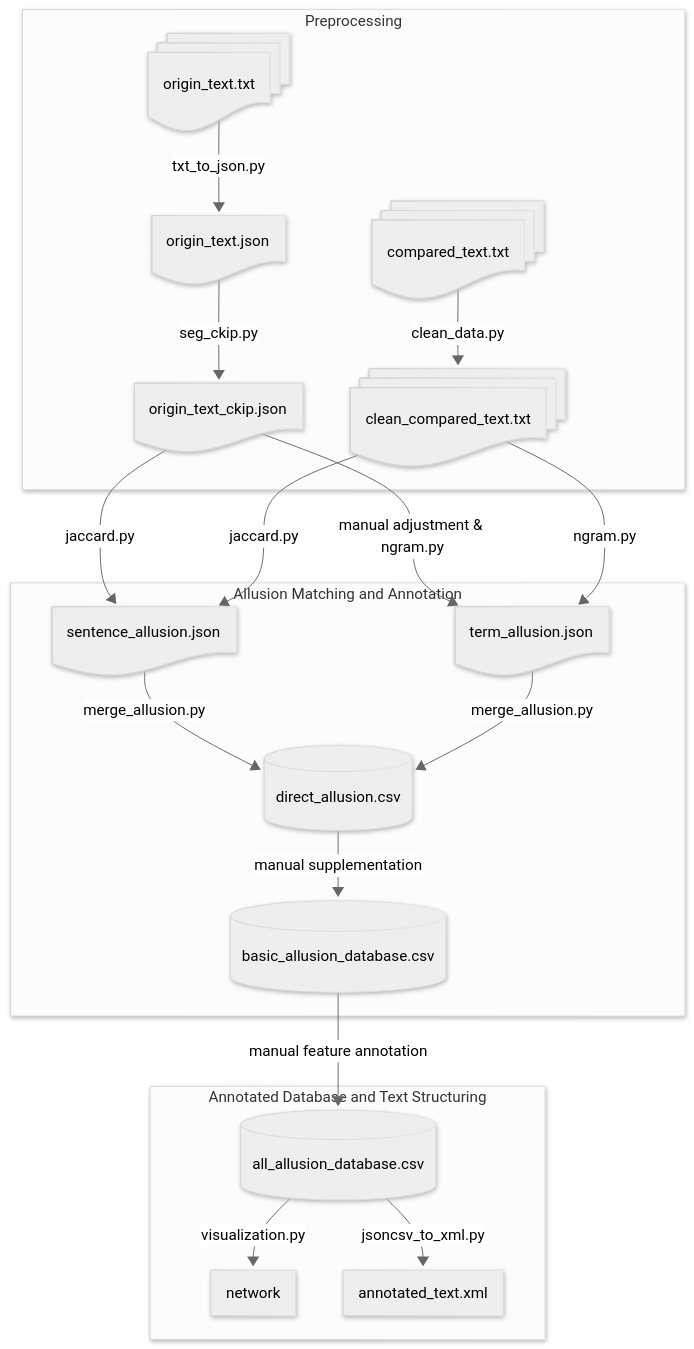
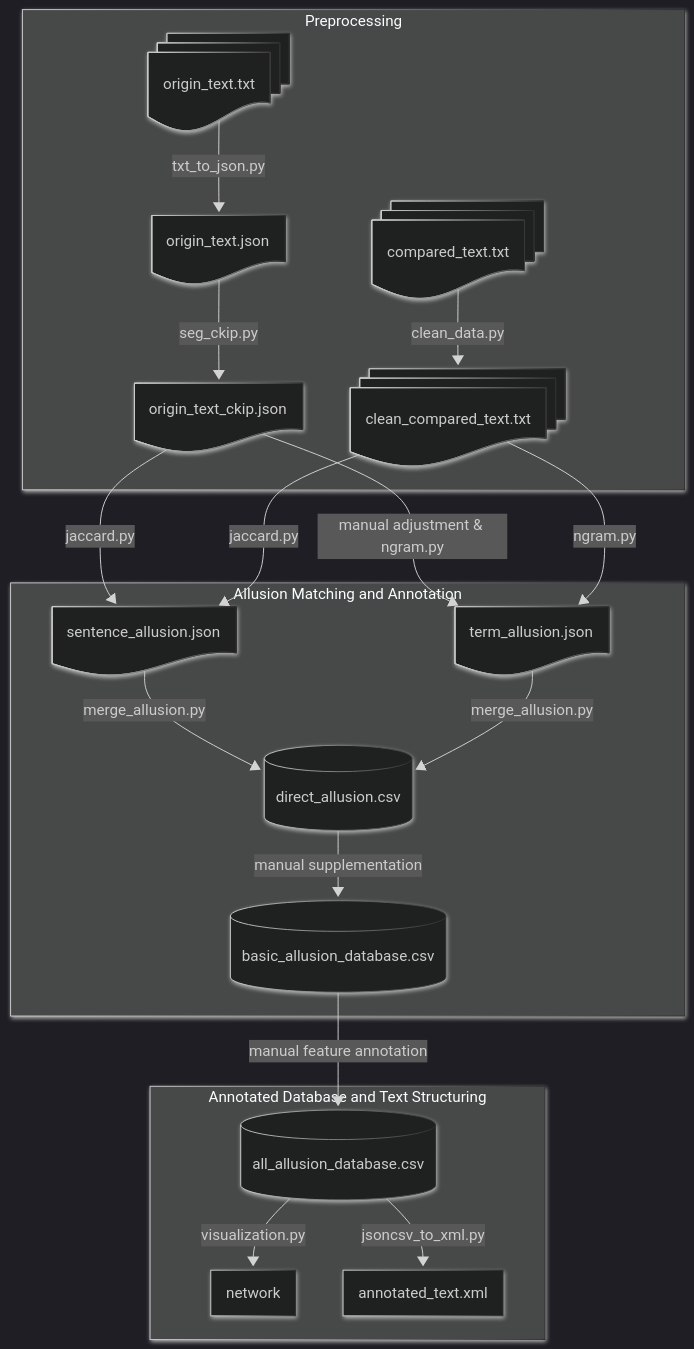
One commit to Taoyi-Chiang/lufu_allusion changed the diagram in README.md. Above: the diagram before and after it, drawn with Mermaid.

````diff
--- a/README.md
+++ b/README.md
@@ -2,46 +2,46 @@
 ```mermaid
 ---
 config:
-  theme: neutral
+  theme: dark
   look: neo
 ---
 flowchart TD
  subgraph Preprocessing["Preprocessing"]
         B1["origin_text.json"]
         A1["origin_text.txt"]
         B2["origin_text_ckip.json"]
         A3["clean_compared_text.txt"]
         A2["compared_text.txt"]
   end
  subgraph subGraph1["Allusion Matching and Annotation"]
         C2["term_allusion.json"]
         C1["sentence_allusion.json"]
         D1[("direct_allusion.csv")]
         E1[("basic_allusion_database.csv")]
   end
  subgraph subGraph2["Annotated Database and Text Structuring"]
         E2[("all_allusion_database.csv")]
         F1["network"]
         F2["annotated_text.xml"]
   end
     A1 -- "txt_to_json.py" --> B1
     B1 -- "seg_ckip.py" --> B2
     A2 -- "clean_data.py" --> A3
     B2 -- "manual adjustment & ngram.py"--> C2
     B2 -- "jaccard.py" --> C1
     A3 -- "jaccard.py" --> C1
     A3 -- "ngram.py" --> C2
     C1 -- "merge_allusion.py" --> D1
     C2 -- "merge_allusion.py" --> D1
     D1 -- manual supplementation --> E1
     E1 -- manual feature annotation --> E2
     E2 -- "visualization.py" --> F1
     E2 -- "jsoncsv_to_xml.py" --> F2
     B1@{ shape: doc}
     A1@{ shape: docs}
     B2@{ shape: doc}
     A3@{ shape: docs}
     A2@{ shape: docs}
     C2@{ shape: doc}
     C1@{ shape: doc}
 ```
````
